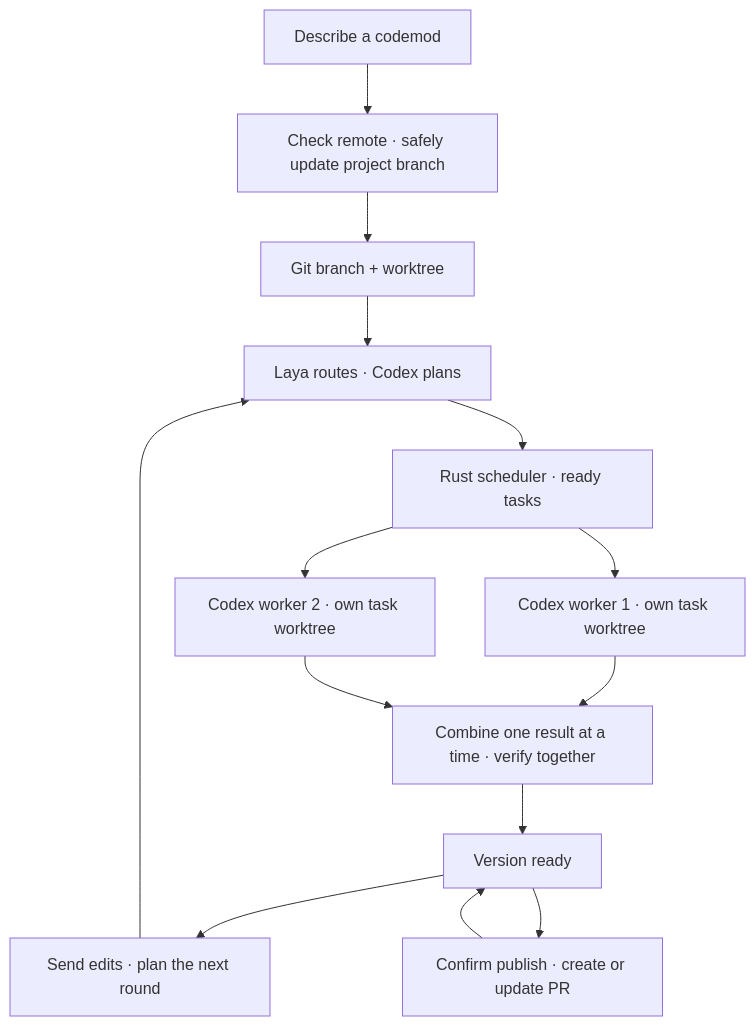
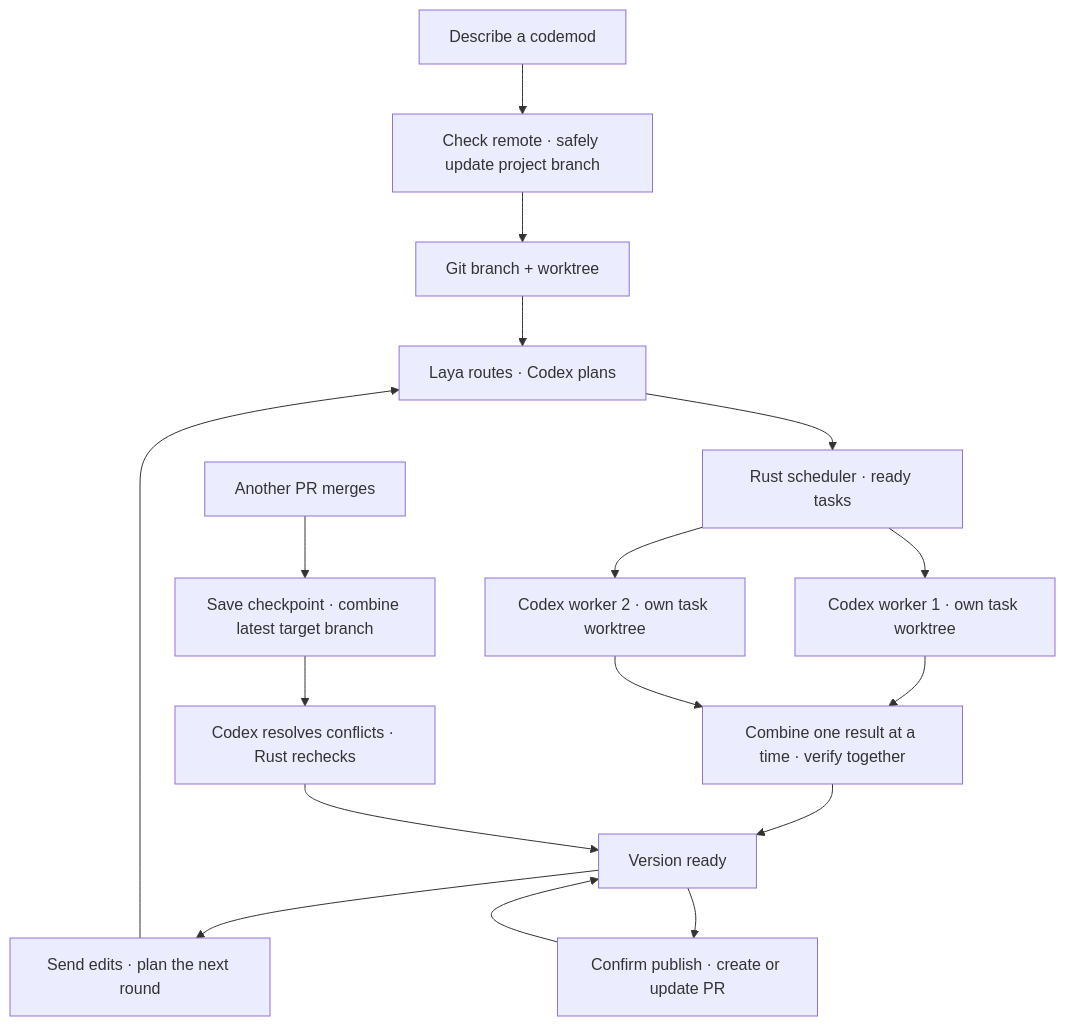
The diagram in README.md (minimumeffort-dev/sprowt.harness), drawn with Mermaid before and after one commit. The commit also changed other lines of this file and 18 other files, not shown here.

````diff
--- a/README.md
+++ b/README.md
@@ -33,16 +33,19 @@
 ```mermaid
 flowchart TB
     goal["Describe a codemod"] --> sync["Check remote · safely update project branch"]
     sync --> setup["Git branch + worktree"]
     setup --> planner["Laya routes · Codex plans"]
     planner --> schedule["Rust scheduler · ready tasks"]
     schedule --> first["Codex worker 1 · own task worktree"]
     schedule --> second["Codex worker 2 · own task worktree"]
     first --> combine["Combine one result at a time · verify together"]
     second --> combine
     combine --> ready["Version ready"]
     ready --> edits["Send edits · plan the next round"]
     edits --> planner
     ready --> publish["Confirm publish · create or update PR"]
     publish --> ready
+    upstream["Another PR merges"] --> update["Save checkpoint · combine latest target branch"]
+    update --> verify["Codex resolves conflicts · Rust rechecks"]
+    verify --> ready
 ```
````
